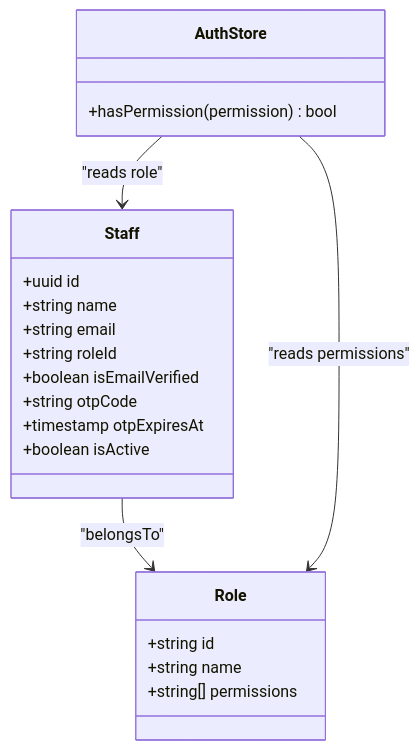
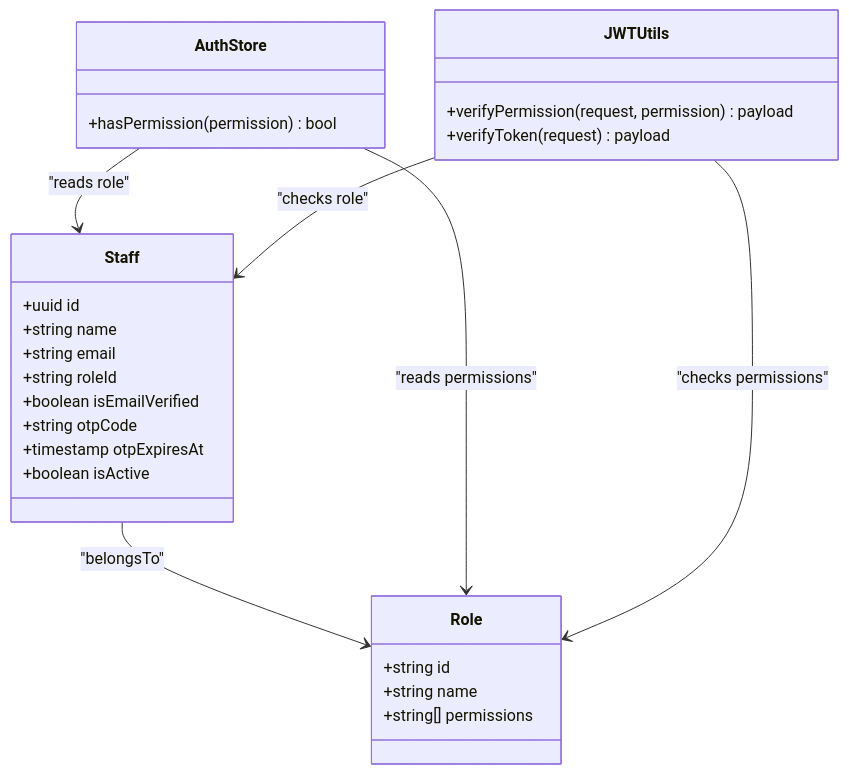
Before and after one commit to riod94/ngepos: the sixth of 8 diagrams in .qoder/repowiki/en/content/Authentication & Authorization.md, drawn with Mermaid. The commit also changed other lines of this file and 51 other files, not shown here.

````diff
--- a/.qoder/repowiki/en/content/Authentication & Authorization.md
+++ b/.qoder/repowiki/en/content/Authentication & Authorization.md
@@ -312,24 +372,30 @@
 ```mermaid
 classDiagram
 class Role {
 +string id
 +string name
 +string[] permissions
 }
 class Staff {
 +uuid id
 +string name
 +string email
 +string roleId
 +boolean isEmailVerified
 +string otpCode
 +timestamp otpExpiresAt
 +boolean isActive
 }
 class AuthStore {
 +hasPermission(permission) bool
 }
+class JWTUtils {
++verifyPermission(request, permission) payload
++verifyToken(request) payload
+}
 Staff --> Role : "belongsTo"
 AuthStore --> Staff : "reads role"
 AuthStore --> Role : "reads permissions"
+JWTUtils --> Staff : "checks role"
+JWTUtils --> Role : "checks permissions"
 ```
````
